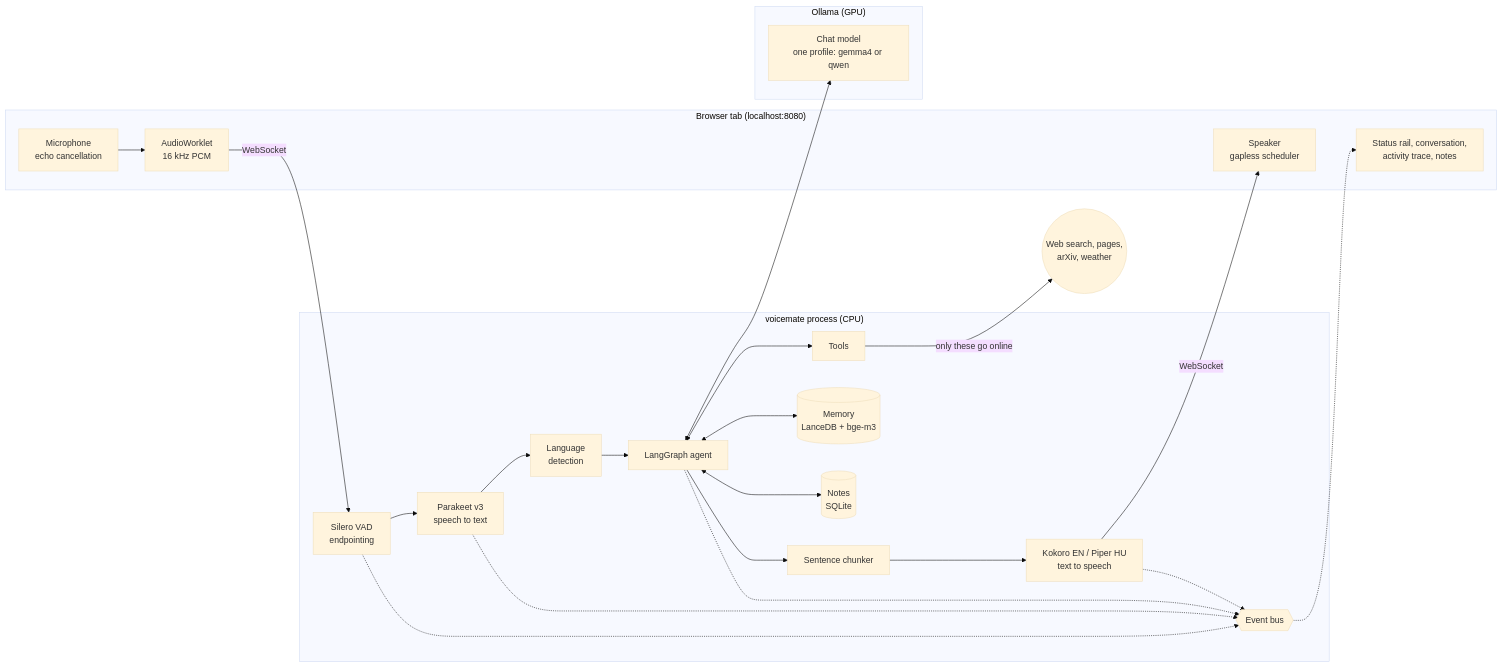
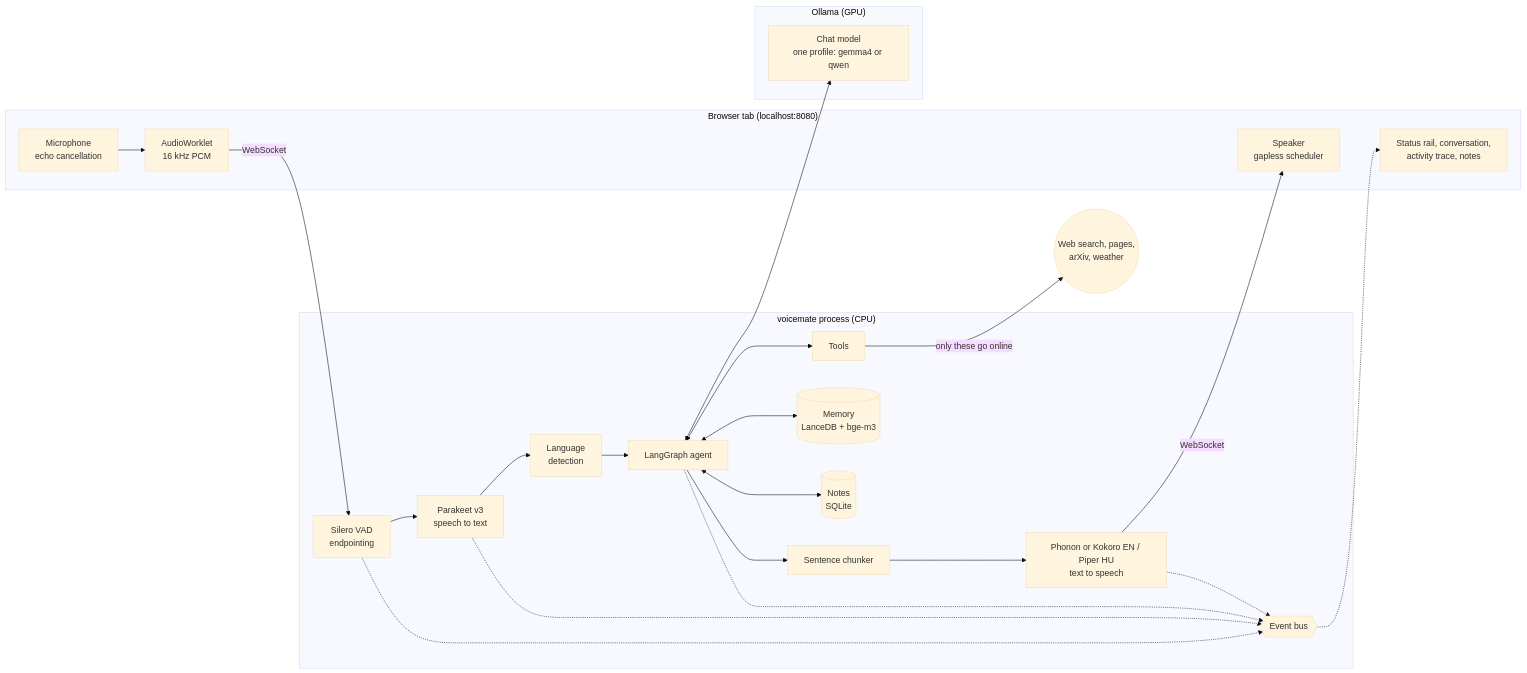
The first of 8 diagrams in docs/architecture.md (fodorad/voicemate), drawn with Mermaid (base theme) before and after one commit. The commit also changed other lines of this file and 8 other files, not shown here.

First line of the commit message:
feat(tts): phonon English voice, Kokoro stays selectable (#31)

````diff
--- a/docs/architecture.md
+++ b/docs/architecture.md
@@ -8,30 +8,30 @@
 ```mermaid
 flowchart LR
     subgraph Browser["Browser tab (localhost:8080)"]
         MIC[Microphone<br/>echo cancellation] --> WORKLET[AudioWorklet<br/>16 kHz PCM]
         PLAYER[Speaker<br/>gapless scheduler]
         UI[Status rail, conversation,<br/>activity trace, notes]
     end
 
     subgraph Server["voicemate process (CPU)"]
         VAD[Silero VAD<br/>endpointing] --> ASR[Parakeet v3<br/>speech to text]
         ASR --> LID[Language<br/>detection]
         LID --> AGENT[LangGraph agent]
         AGENT --> CHUNK[Sentence chunker]
-        CHUNK --> TTS[Kokoro EN / Piper HU<br/>text to speech]
+        CHUNK --> TTS[Phonon or Kokoro EN / Piper HU<br/>text to speech]
         AGENT <--> MEM[(Memory<br/>LanceDB + bge-m3)]
         AGENT <--> NOTES[(Notes<br/>SQLite)]
         AGENT <--> TOOLS[Tools]
         BUS{{Event bus}}
     end
 
     subgraph GPU["Ollama (GPU)"]
         LLM[Chat model<br/>one profile: gemma4 or qwen]
     end
 
     WORKLET -- WebSocket --> VAD
     TTS -- WebSocket --> PLAYER
     AGENT <--> LLM
     TOOLS -- only these go online --> NET((Web search, pages,<br/>arXiv, weather))
     VAD & ASR & AGENT & TTS -.-> BUS -.-> UI
 ```
````
